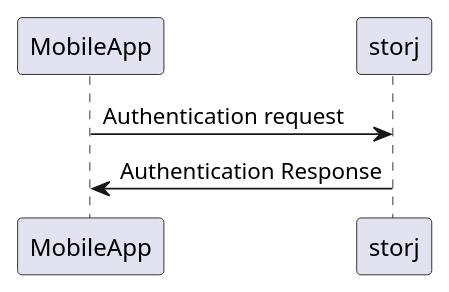
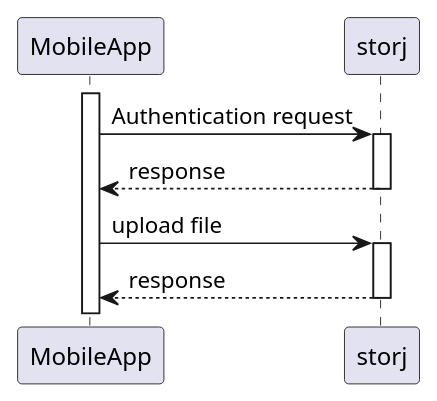
One commit to infinith4/test_plantuml changed the diagram in api_sequence.pu. Above: the diagram before and after it, drawn with PlantUML.

```diff
--- a/api_sequence.pu
+++ b/api_sequence.pu
@@ -1,6 +1,12 @@
 @startuml storj cli
 participant MobileApp as mobile_app
+activate mobile_app
 mobile_app -> storj: Authentication request
-storj -> mobile_app: Authentication Response
+activate storj
+return response
+
+mobile_app -> storj: upload file
+activate storj
+return response
 
 @enduml
```
